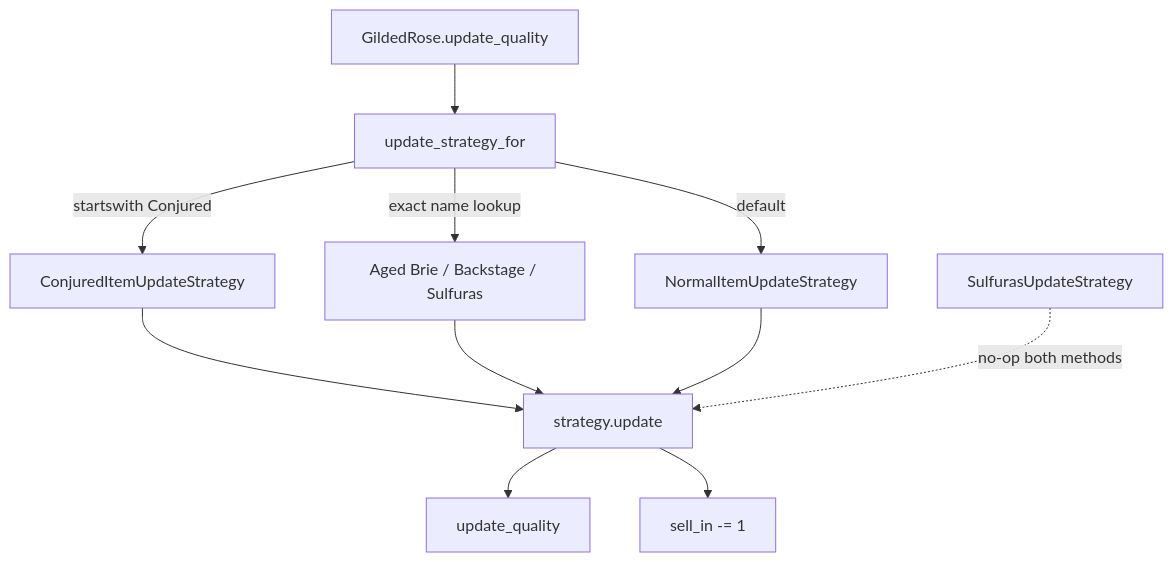
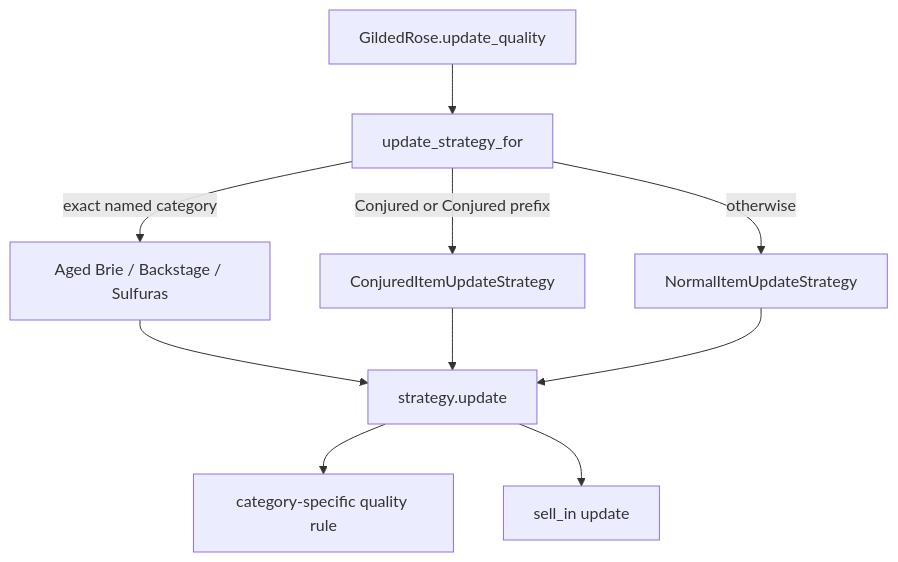
One commit to EPapadopoulou/GildedRose-Refactoring-Kata changed the diagram in python/AI-WORK-SUMMARY.md. Above: the diagram before and after it, drawn with Mermaid. The commit also changed other lines of this file, not shown here.

First line of the commit message:
Refactor AI-assisted development summary for Gilded Rose Kata

````diff
--- a/python/AI-WORK-SUMMARY.md
+++ b/python/AI-WORK-SUMMARY.md
@@ -221,19 +148,12 @@
 ```mermaid
 flowchart TD
-    GR[GildedRose.update_quality]
-    Factory[update_strategy_for]
-    GR --> Factory
-
-    Factory -->|startswith Conjured| Conjured[ConjuredItemUpdateStrategy]
-    Factory -->|exact name lookup| Named[Aged Brie / Backstage / Sulfuras]
-    Factory -->|default| Normal[NormalItemUpdateStrategy]
-
-    Conjured --> Update[strategy.update]
-    Named --> Update
+    GR["GildedRose.update_quality"] --> Selector["update_strategy_for"]
+    Selector -->|"exact named category"| Named["Aged Brie / Backstage / Sulfuras"]
+    Selector -->|"Conjured or Conjured prefix"| Conjured["ConjuredItemUpdateStrategy"]
+    Selector -->|"otherwise"| Normal["NormalItemUpdateStrategy"]
+    Named --> Update["strategy.update"]
+    Conjured --> Update
     Normal --> Update
-
-    Update --> UQ[update_quality]
-    Update --> SI[sell_in -= 1]
-
-    Sulfuras[SulfurasUpdateStrategy] -.->|no-op both methods| Update
+    Update --> Quality["category-specific quality rule"]
+    Update --> SellIn["sell_in update"]
 ```
````
